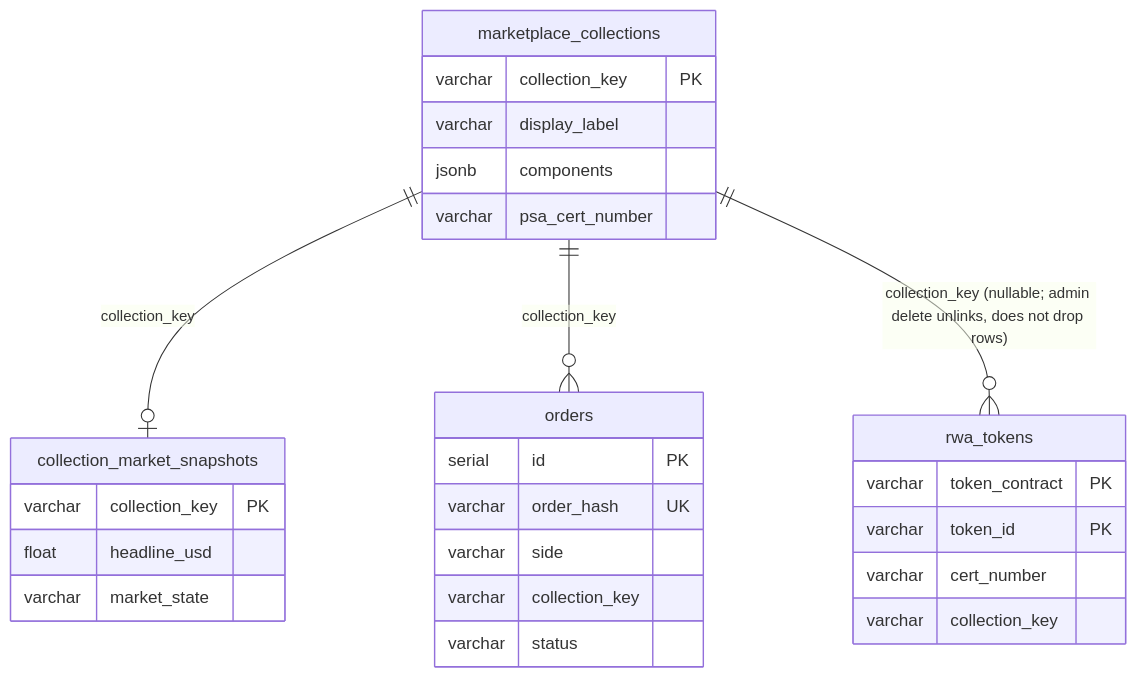
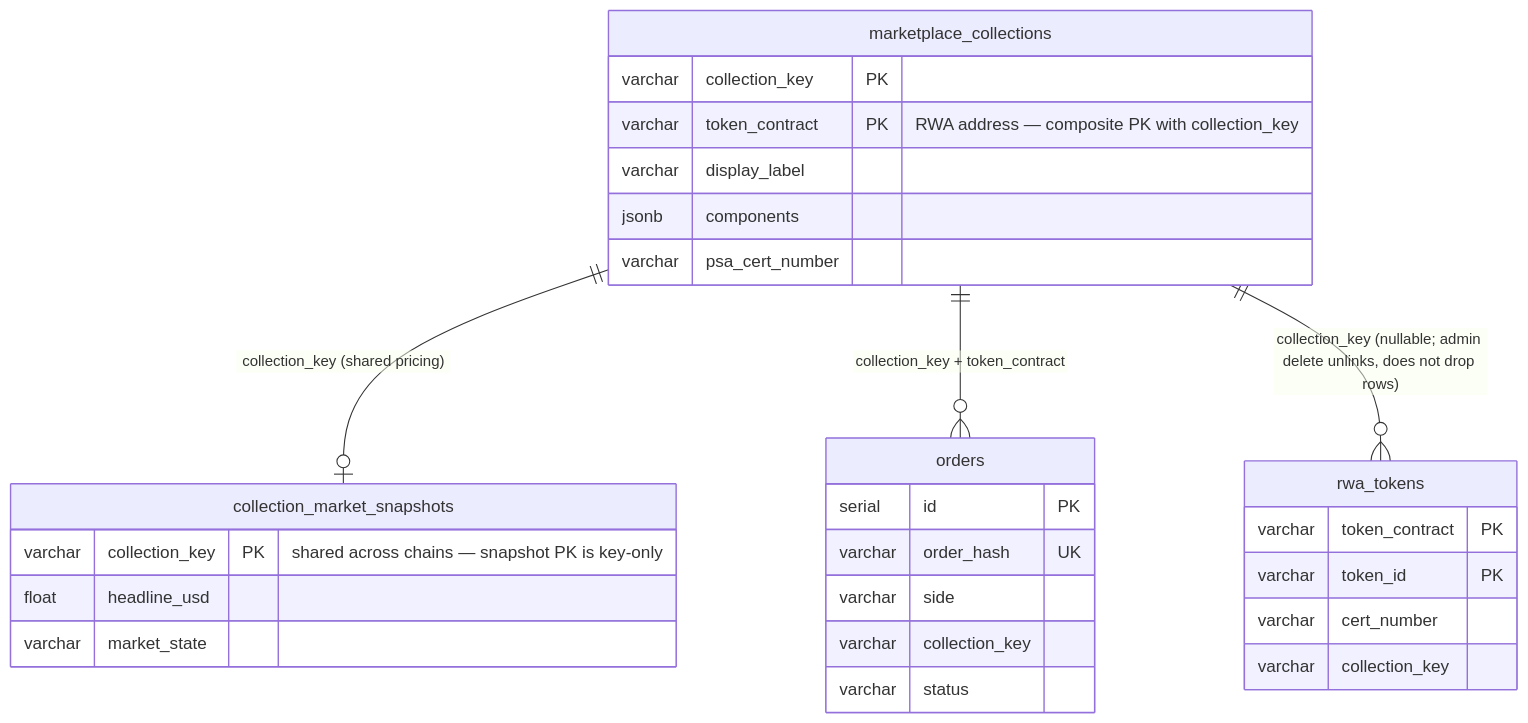
Before and after one commit to tokenable-dev/tokenable-dev: the second of 2 diagrams in docs/architecture/database.md, drawn with Mermaid. The commit also changed other lines of this file and 116 other files, not shown here.

````diff
--- a/docs/architecture/database.md
+++ b/docs/architecture/database.md
@@ -163,30 +163,31 @@
 ```mermaid
 erDiagram
     marketplace_collections {
         varchar collection_key PK
+        varchar token_contract PK "RWA address — composite PK with collection_key"
         varchar display_label
         jsonb components
         varchar psa_cert_number
     }
     collection_market_snapshots {
-        varchar collection_key PK
+        varchar collection_key PK "shared across chains — snapshot PK is key-only"
         float headline_usd
         varchar market_state
     }
     rwa_tokens {
         varchar token_contract PK
         varchar token_id PK
         varchar cert_number
         varchar collection_key
     }
     orders {
         serial id PK
         varchar order_hash UK
         varchar side
         varchar collection_key
         varchar status
     }
-    marketplace_collections ||--o| collection_market_snapshots : "collection_key"
-    marketplace_collections ||--o{ orders : "collection_key"
+    marketplace_collections ||--o| collection_market_snapshots : "collection_key (shared pricing)"
+    marketplace_collections ||--o{ orders : "collection_key + token_contract"
     marketplace_collections ||--o{ rwa_tokens : "collection_key (nullable; admin delete unlinks, does not drop rows)"
 ```
````
